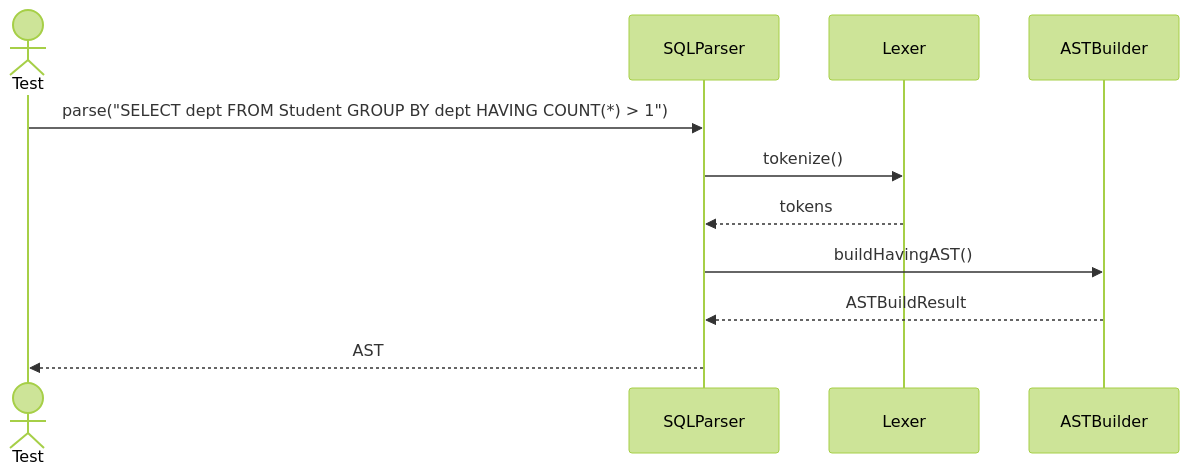
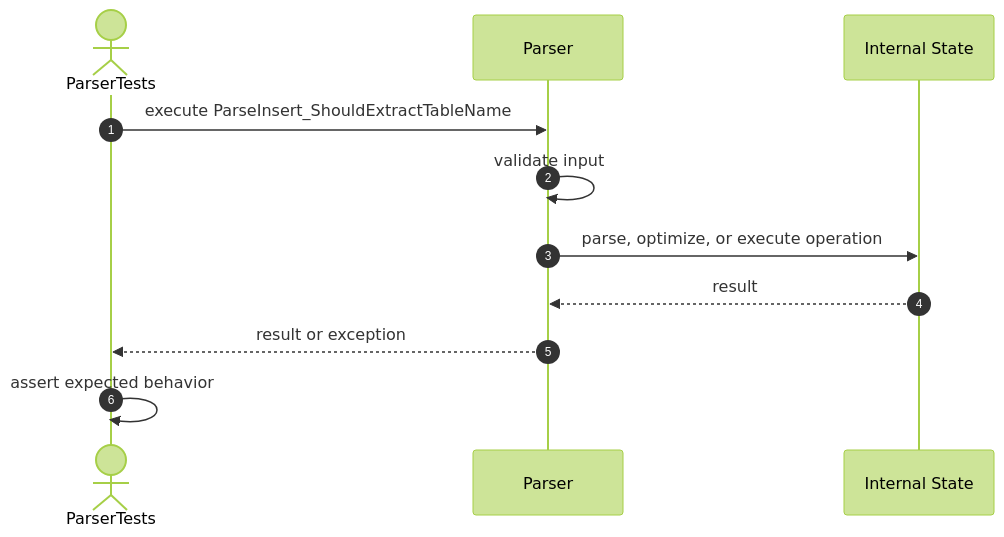
One commit to FhuAnn/-bbv-AN-s-DBMS changed diagram 12 of 22 in src/tests/unit/query/sequences/sql-parser-testing.se.md. Above: the diagram before and after it, drawn with Mermaid (forest theme). The commit also changed other lines of this file and 36 other files, not shown here.

````diff
--- a/src/tests/unit/query/sequences/sql-parser-testing.se.md
+++ b/src/tests/unit/query/sequences/sql-parser-testing.se.md
@@ -194,14 +194,14 @@
 ```mermaid
 sequenceDiagram
-actor Test
-participant SQLParser
-participant Lexer
-participant ASTBuilder
+    autonumber
+    actor Test as ParserTests
+    participant Target as Parser
+    participant Internal as Internal State
 
-Test->>SQLParser: parse("SELECT dept FROM Student GROUP BY dept HAVING COUNT(*) > 1")
-SQLParser->>Lexer: tokenize()
-Lexer-->>SQLParser: tokens
-SQLParser->>ASTBuilder: buildHavingAST()
-ASTBuilder-->>SQLParser: ASTBuildResult
-SQLParser-->>Test: AST
+    Test->>Target: execute ParseInsert_ShouldExtractTableName
+    Target->>Target: validate input
+    Target->>Internal: parse, optimize, or execute operation
+    Internal-->>Target: result
+    Target-->>Test: result or exception
+    Test->>Test: assert expected behavior
 ```
````
